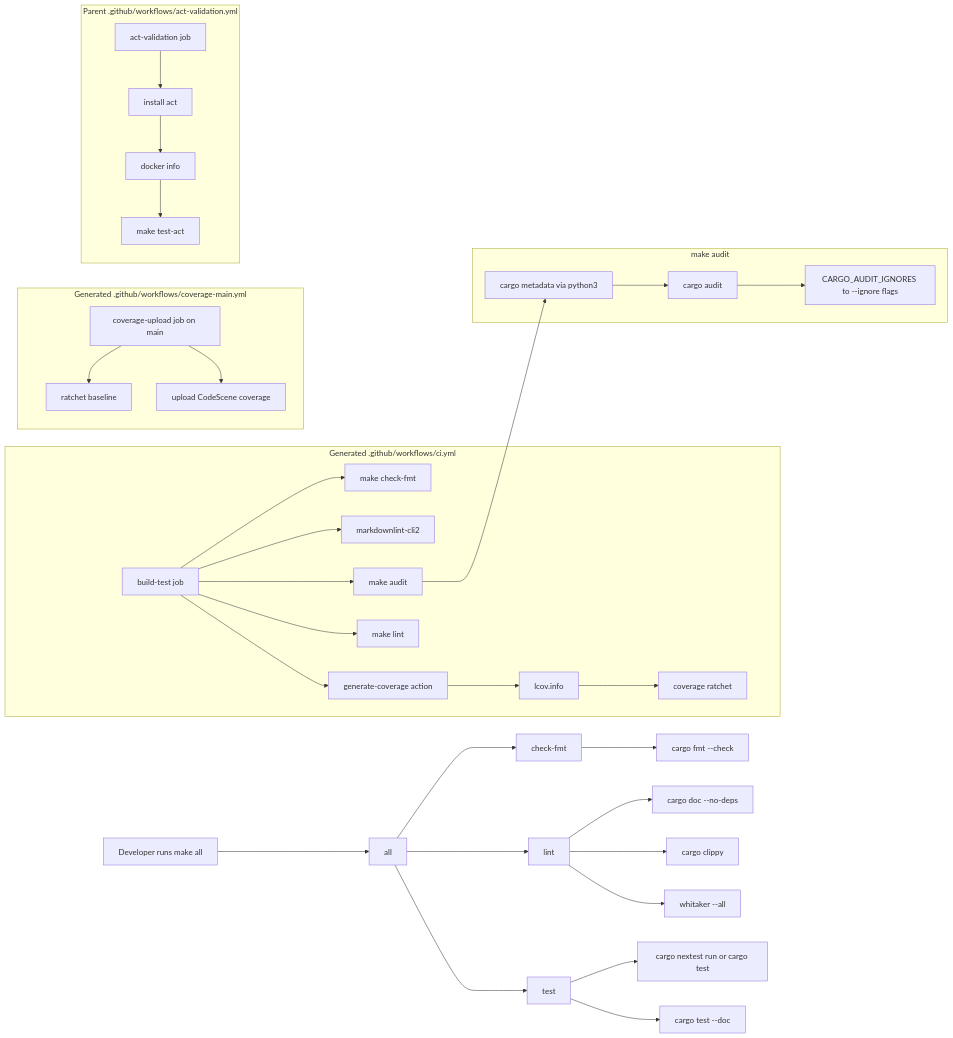
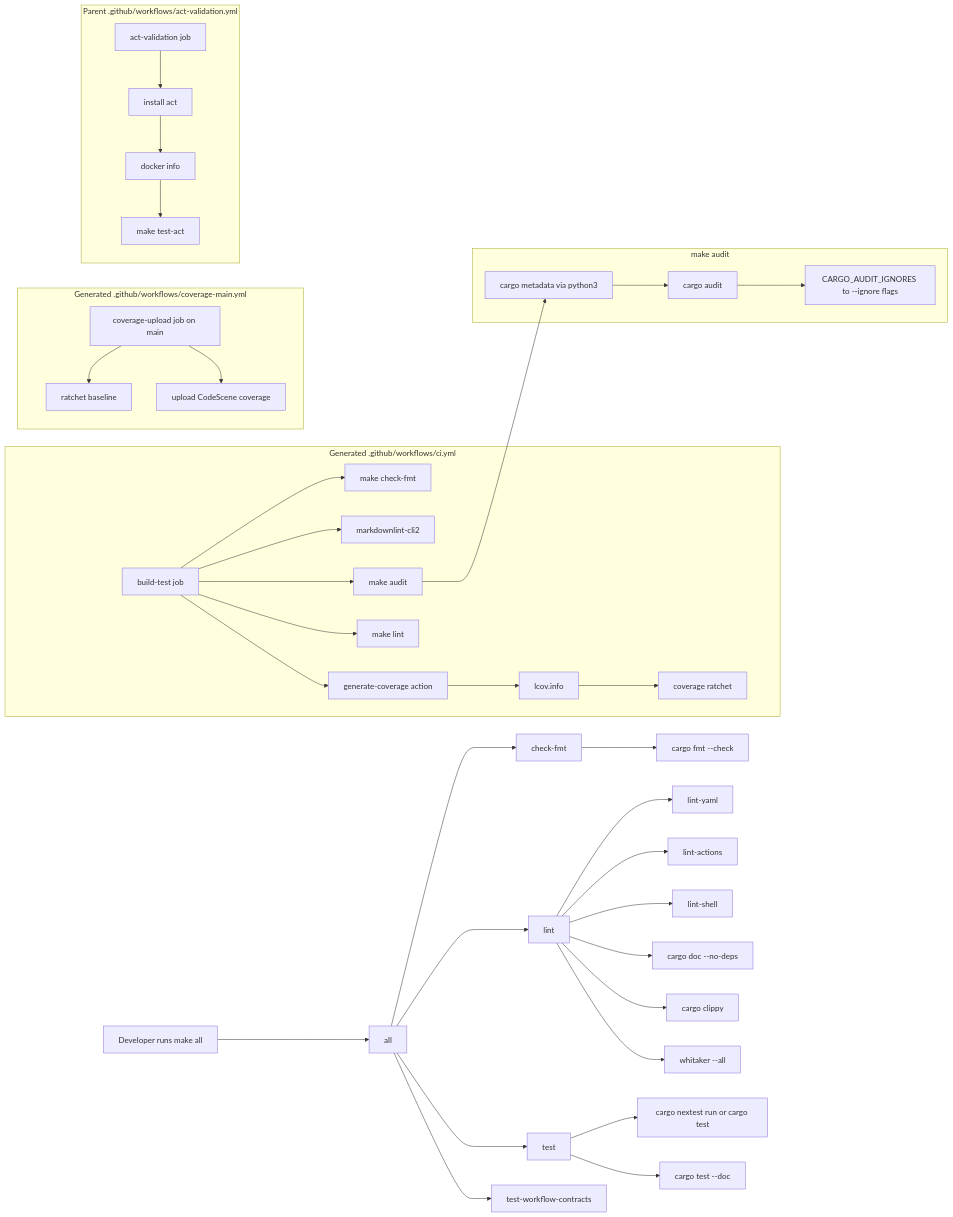
The diagram in README.md (leynos/agent-template-rust), drawn with Mermaid before and after one commit. The commit also changed 8 other files, not shown here.

````diff
--- a/README.md
+++ b/README.md
@@ -85,44 +85,48 @@
 ```mermaid
 flowchart LR
     Dev[Developer runs make all] --> All[all]
     All --> CheckFmt[check-fmt]
     All --> Lint[lint]
     All --> Test[test]
+    All --> WorkflowContracts[test-workflow-contracts]
 
     CheckFmt --> CargoFmt[cargo fmt --check]
+    Lint --> YamlLint[lint-yaml]
+    Lint --> ActionLint[lint-actions]
+    Lint --> ShellLint[lint-shell]
     Lint --> RustDoc[cargo doc --no-deps]
     Lint --> Clippy[cargo clippy]
     Lint --> Whitaker[whitaker --all]
     Test --> NextestOrCargo[cargo nextest run or cargo test]
     Test --> DocTests[cargo test --doc]
 
     subgraph Main_CI[Generated .github/workflows/ci.yml]
         CI[build-test job]
         CI --> CIFormat[make check-fmt]
         CI --> MarkdownLint[markdownlint-cli2]
         CI --> CIAudit[make audit]
         CI --> CILint[make lint]
         CI --> Coverage[generate-coverage action]
         Coverage --> Lcov[lcov.info]
         Lcov --> Ratchet[coverage ratchet]
     end
 
     subgraph Main_Coverage[Generated .github/workflows/coverage-main.yml]
         Publisher[coverage-upload job on main]
         Publisher --> Baseline[ratchet baseline]
         Publisher --> CodeScene[upload CodeScene coverage]
     end
 
     subgraph Audit_Target[make audit]
         CIAudit --> Metadata[cargo metadata via python3]
         Metadata --> CargoAudit[cargo audit]
         CargoAudit --> Ignores[CARGO_AUDIT_IGNORES to --ignore flags]
     end
 
     subgraph Act_Validation[Parent .github/workflows/act-validation.yml]
         ActWorkflow[act-validation job]
         ActWorkflow --> InstallAct[install act]
         InstallAct --> DockerInfo[docker info]
         DockerInfo --> ActTests[make test-act]
     end
 ```
````
